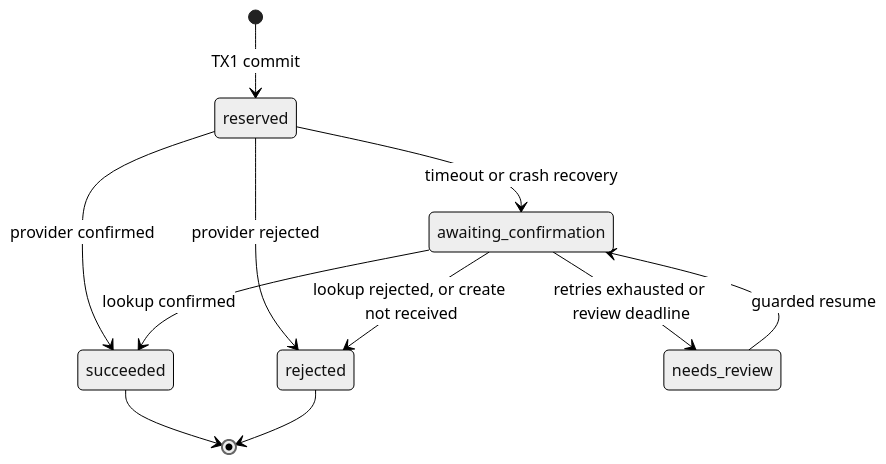
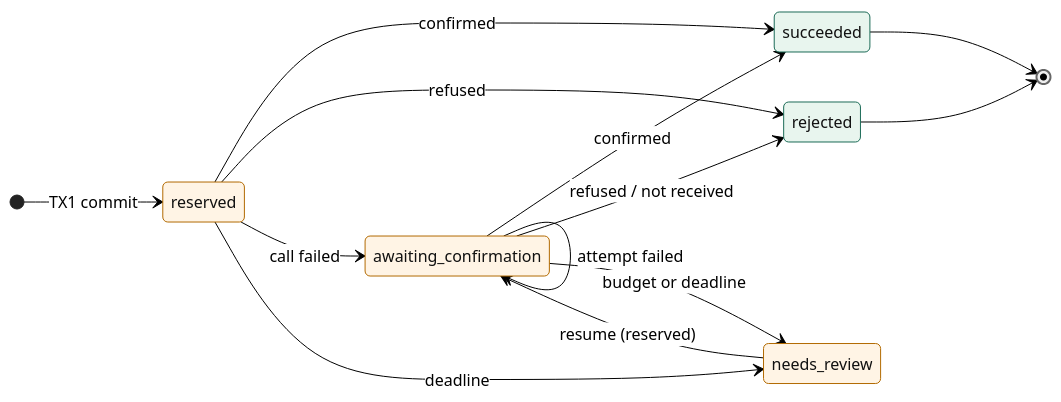
The ninth of 12 diagrams in project_spec.md (intimanjunath/Merchant-payment-processing-platform), drawn with Mermaid (neutral theme) before and after one commit. The commit also changed other lines of this file and 1 other file, not shown here.

````diff
--- a/project_spec.md
+++ b/project_spec.md
@@ -291,13 +348,21 @@
 ```mermaid
 stateDiagram-v2
+    direction LR
     [*] --> reserved: TX1 commit
-    reserved --> succeeded: provider confirmed
-    reserved --> rejected: provider rejected
-    reserved --> awaiting_confirmation: timeout or crash recovery
-    awaiting_confirmation --> succeeded: lookup confirmed
-    awaiting_confirmation --> rejected: lookup rejected, or create not received
-    awaiting_confirmation --> needs_review: retries exhausted or review deadline
-    needs_review --> awaiting_confirmation: guarded resume
+    reserved --> succeeded: confirmed
+    reserved --> rejected: refused
+    reserved --> awaiting_confirmation: call failed
+    awaiting_confirmation --> succeeded: confirmed
+    awaiting_confirmation --> rejected: refused / not received
+    awaiting_confirmation --> awaiting_confirmation: attempt failed
+    awaiting_confirmation --> needs_review: budget or deadline
+    reserved --> needs_review: deadline
+    needs_review --> awaiting_confirmation: resume (reserved)
     succeeded --> [*]
     rejected --> [*]
+
+    classDef open fill:#fff4e5,stroke:#b26a00
+    classDef done fill:#e8f5ee,stroke:#1c6b57
+    class reserved,awaiting_confirmation,needs_review open
+    class succeeded,rejected done
 ```
````
